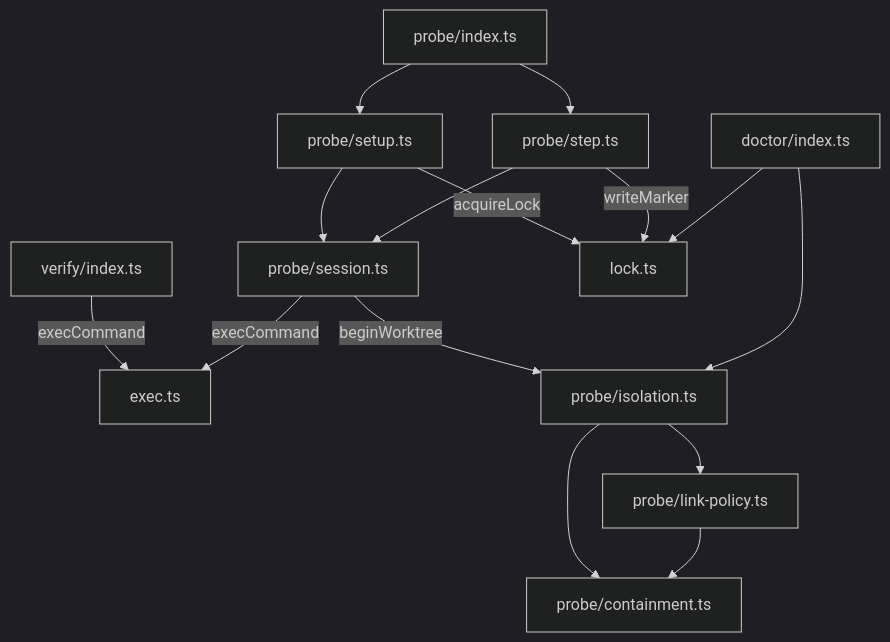
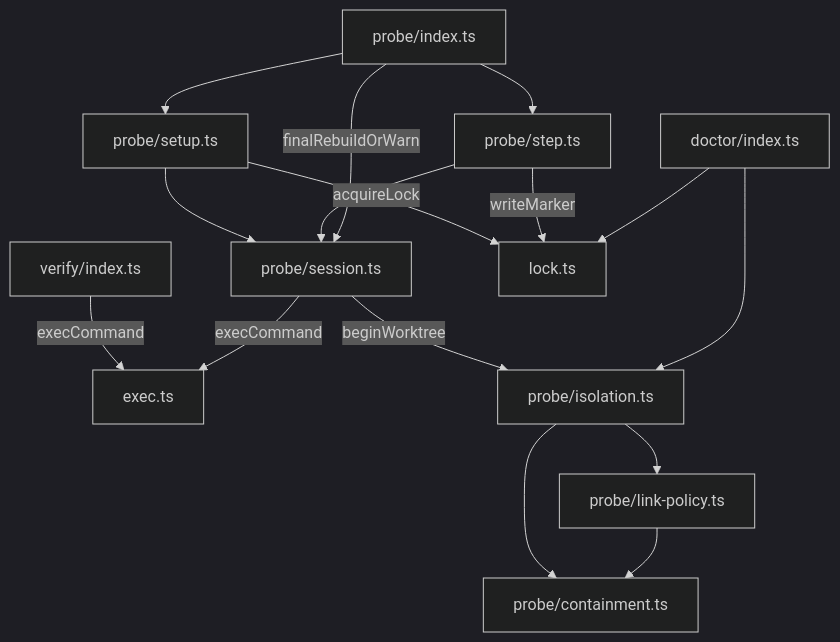
The diagram in packages/agent-primitives/README.md (LanNguyenSi/agent-dx), drawn with Mermaid (dark theme) before and after one commit. The commit also changed other lines of this file and 1 other file, not shown here.

First line of the commit message:
docs(agent-primitives): complete probe gate order and rebuild path

````diff
--- a/packages/agent-primitives/README.md
+++ b/packages/agent-primitives/README.md
@@ -130,17 +133,18 @@
 ```mermaid
 flowchart TD
   VER["verify/index.ts"] -->|execCommand| EXEC["exec.ts"]
   PRB["probe/index.ts"] --> SET["probe/setup.ts"]
   PRB --> STP["probe/step.ts"]
   SET --> SES["probe/session.ts"]
   STP --> SES
+  PRB -->|finalRebuildOrWarn| SES
   SET -->|acquireLock| LCK["lock.ts"]
   STP -->|writeMarker| LCK
   SES -->|execCommand| EXEC
   SES -->|beginWorktree| ISO["probe/isolation.ts"]
   ISO --> CON["probe/containment.ts"]
   ISO --> LP["probe/link-policy.ts"]
   LP --> CON
   DOC["doctor/index.ts"] --> LCK
   DOC --> ISO
 ```
````
